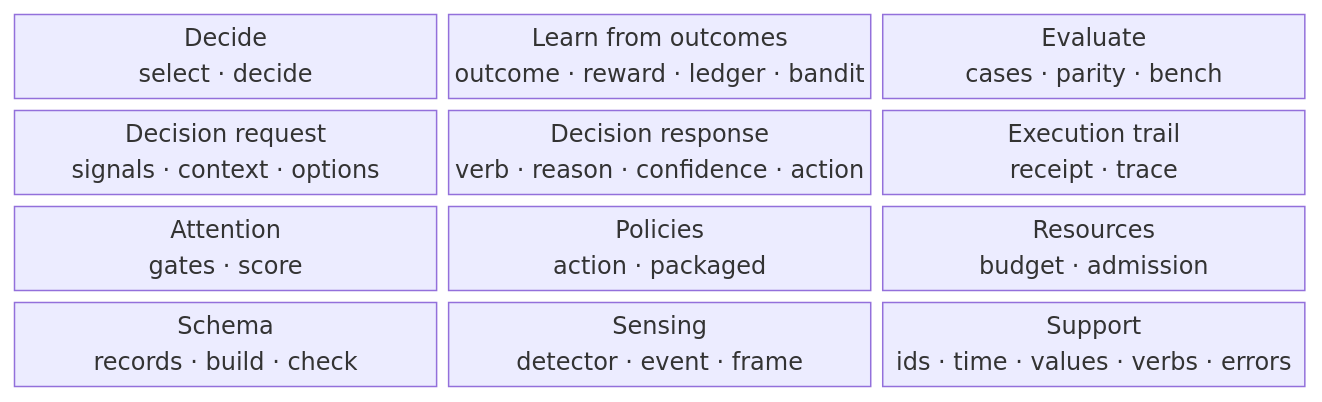
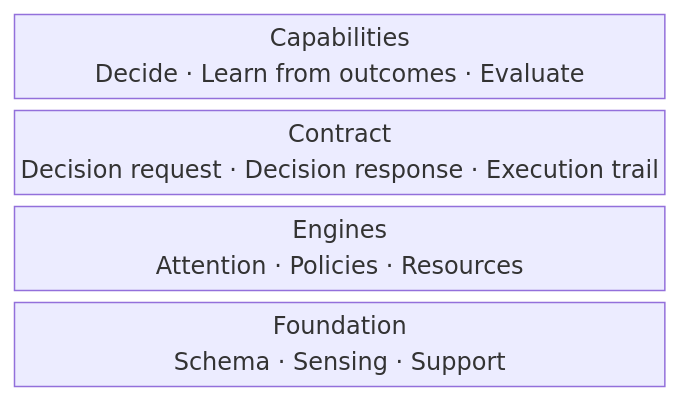
One commit to michaelatamuk/laix changed the diagram in docs/core/00-core-architecture.md. Above: the diagram before and after it, drawn with Mermaid. The commit also changed other lines of this file, not shown here.

````diff
--- a/docs/core/00-core-architecture.md
+++ b/docs/core/00-core-architecture.md
@@ -5,20 +5,9 @@
 ```mermaid
 block-beta
-    columns 3
+    columns 1
 
-    decide["Decide<br/>select · decide"]
-    learn["Learn from outcomes<br/>outcome · reward · ledger · bandit"]
-    evaluate["Evaluate<br/>cases · parity · bench"]
-
-    request["Decision request<br/>signals · context · options"]
-    response["Decision response<br/>verb · reason · confidence · action"]
-    trail["Execution trail<br/>receipt · trace"]
-
-    attention["Attention<br/>gates · score"]
-    policies["Policies<br/>action · packaged"]
-    resources["Resources<br/>budget · admission"]
-
-    schema["Schema<br/>records · build · check"]
-    sensing["Sensing<br/>detector · event · frame"]
-    support["Support<br/>ids · time · values · verbs · errors"]
+    capabilities["Capabilities<br/>Decide · Learn from outcomes · Evaluate"]
+    contract["Contract<br/>Decision request · Decision response · Execution trail"]
+    engines["Engines<br/>Attention · Policies · Resources"]
+    foundation["Foundation<br/>Schema · Sensing · Support"]
 ```
````
